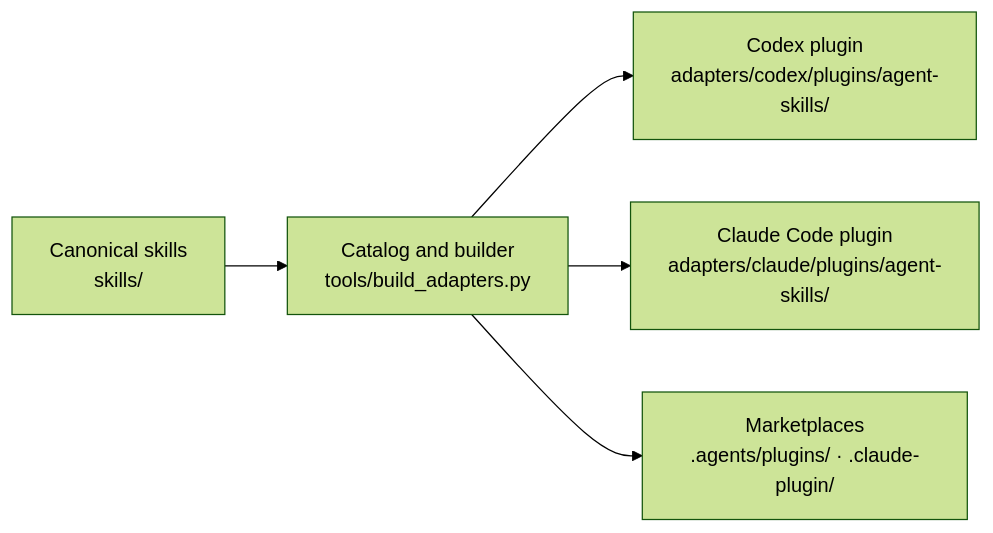
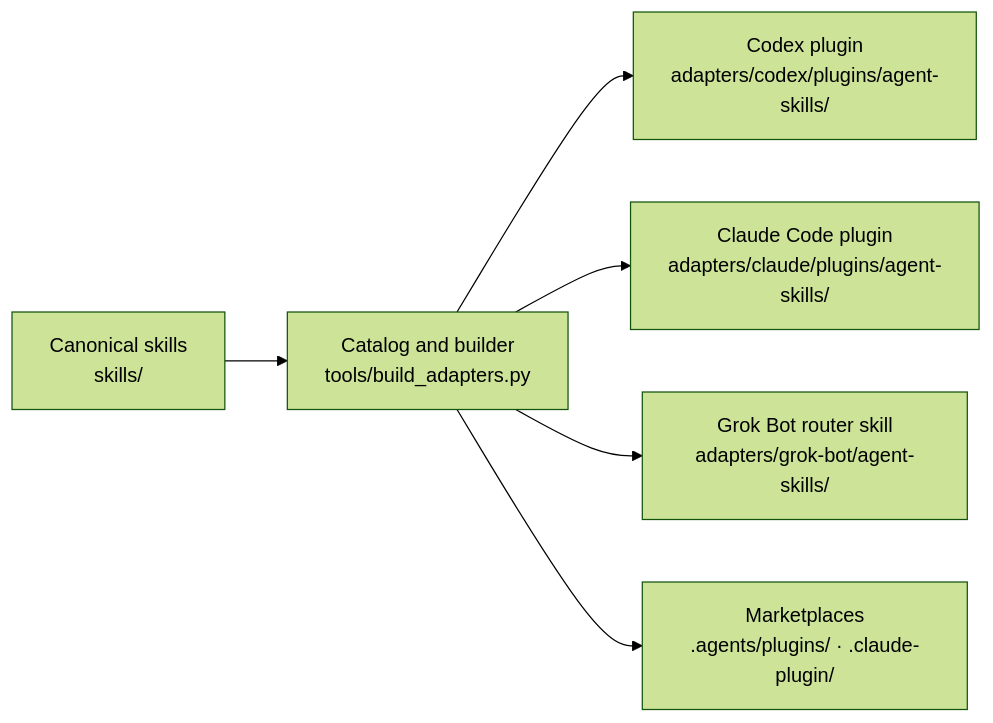
The diagram in README.md (Statusnone420/agent-skills), drawn with Mermaid (forest theme) before and after one commit. The commit also changed other lines of this file and 19 other files, not shown here.

First line of the commit message:
Add a generated Grok Bot router skill

````diff
--- a/README.md
+++ b/README.md
@@ -177,7 +185,8 @@
 ```mermaid
 flowchart LR
     S["Canonical skills<br/>skills/"] --> B["Catalog and builder<br/>tools/build_adapters.py"]
     B --> C["Codex plugin<br/>adapters/codex/plugins/agent-skills/"]
     B --> A["Claude Code plugin<br/>adapters/claude/plugins/agent-skills/"]
+    B --> G["Grok Bot router skill<br/>adapters/grok-bot/agent-skills/"]
     B --> M["Marketplaces<br/>.agents/plugins/ · .claude-plugin/"]
 ```
````
